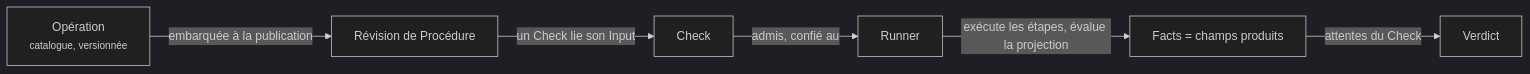
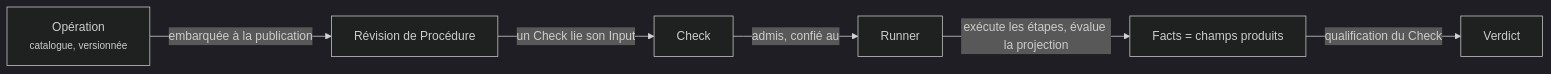
The diagram in packages/trust-ui/src/docs/content/fr/operations/index.mdx (ng-galien/trust), drawn with Mermaid (dark theme) before and after one commit. The commit also changed other lines of this file and 153 other files, not shown here.

````diff
--- a/packages/trust-ui/src/docs/content/fr/operations/index.mdx
+++ b/packages/trust-ui/src/docs/content/fr/operations/index.mdx
@@ -61,8 +61,8 @@
 ```mermaid
 flowchart LR
   A["Opération<br/><small>catalogue, versionnée</small>"] -->|"embarquée à la publication"| P["Révision de Procédure"]
   P -->|"un Check lie son Input"| C["Check"]
   C -->|"admis, confié au"| R["Runner"]
   R -->|"exécute les étapes, évalue la projection"| F["Facts = champs produits"]
-  F -->|"attentes du Check"| V["Verdict"]
+  F -->|"qualification du Check"| V["Verdict"]
 ```
````
